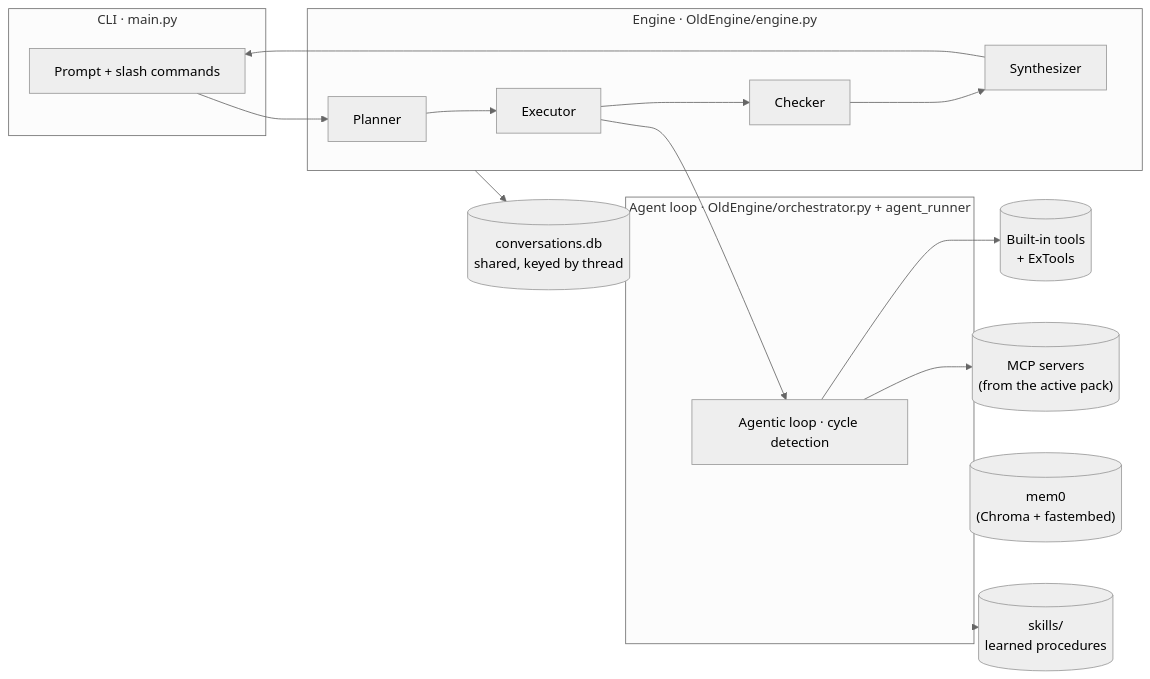
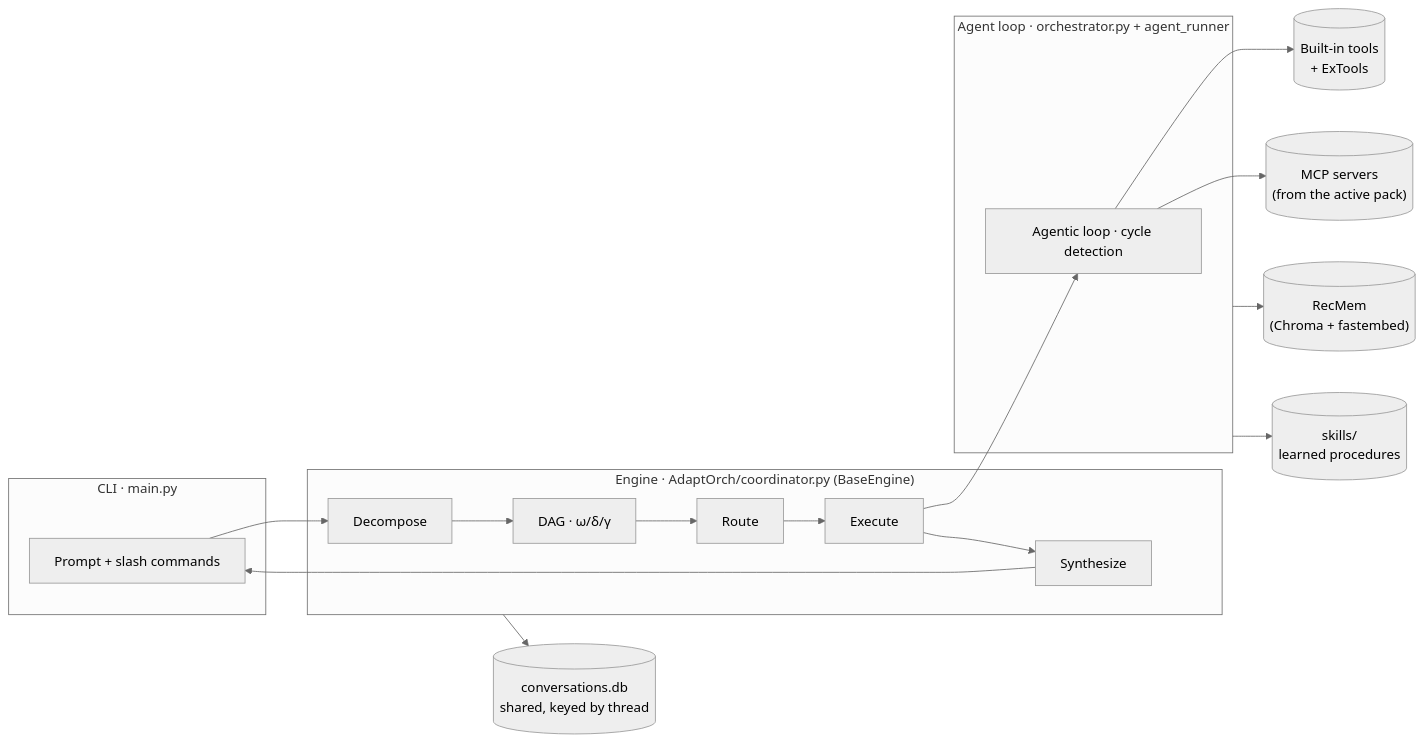
The second of 5 diagrams in architecture/README.md (Arsh910/Anet), drawn with Mermaid (neutral theme) before and after one commit. The commit also changed other lines of this file and 20 other files, not shown here.

````diff
--- a/architecture/README.md
+++ b/architecture/README.md
@@ -45,21 +56,21 @@
 ```mermaid
 flowchart LR
     subgraph CLI["CLI · main.py"]
         IN["Prompt + slash commands"]
     end
-    subgraph ENG["Engine · OldEngine/engine.py"]
-        PL["Planner"] --> EX["Executor"] --> CH["Checker"] --> SY["Synthesizer"]
+    subgraph ENG["Engine · AdaptOrch/coordinator.py (BaseEngine)"]
+        DE["Decompose"] --> DG["DAG · ω/δ/γ"] --> RO["Route"] --> EX["Execute"] --> SY["Synthesize"]
     end
-    subgraph RUN["Agent loop · OldEngine/orchestrator.py + agent_runner"]
+    subgraph RUN["Agent loop · orchestrator.py + agent_runner"]
         LOOP["Agentic loop · cycle detection"]
     end
 
-    IN --> PL
+    IN --> DE
     SY --> IN
     EX --> LOOP
     LOOP --> TOOLS[("Built-in tools<br/>+ ExTools")]
     LOOP --> MCP[("MCP servers<br/>(from the active pack)")]
     ENG --> STORE[("conversations.db<br/>shared, keyed by thread")]
-    RUN --> MEM[("mem0<br/>(Chroma + fastembed)")]
+    RUN --> MEM[("RecMem<br/>(Chroma + fastembed)")]
     RUN --> SK[("skills/<br/>learned procedures")]
 ```
````
